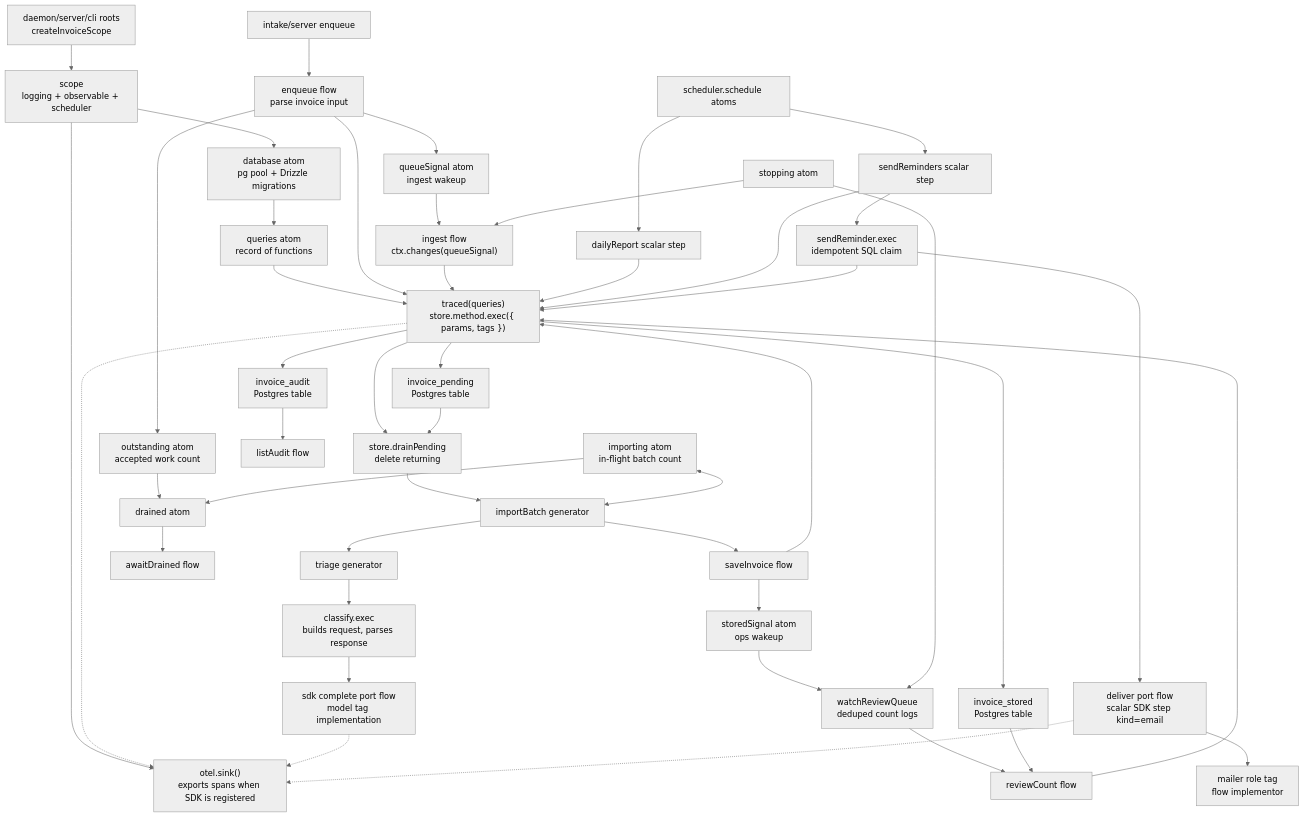
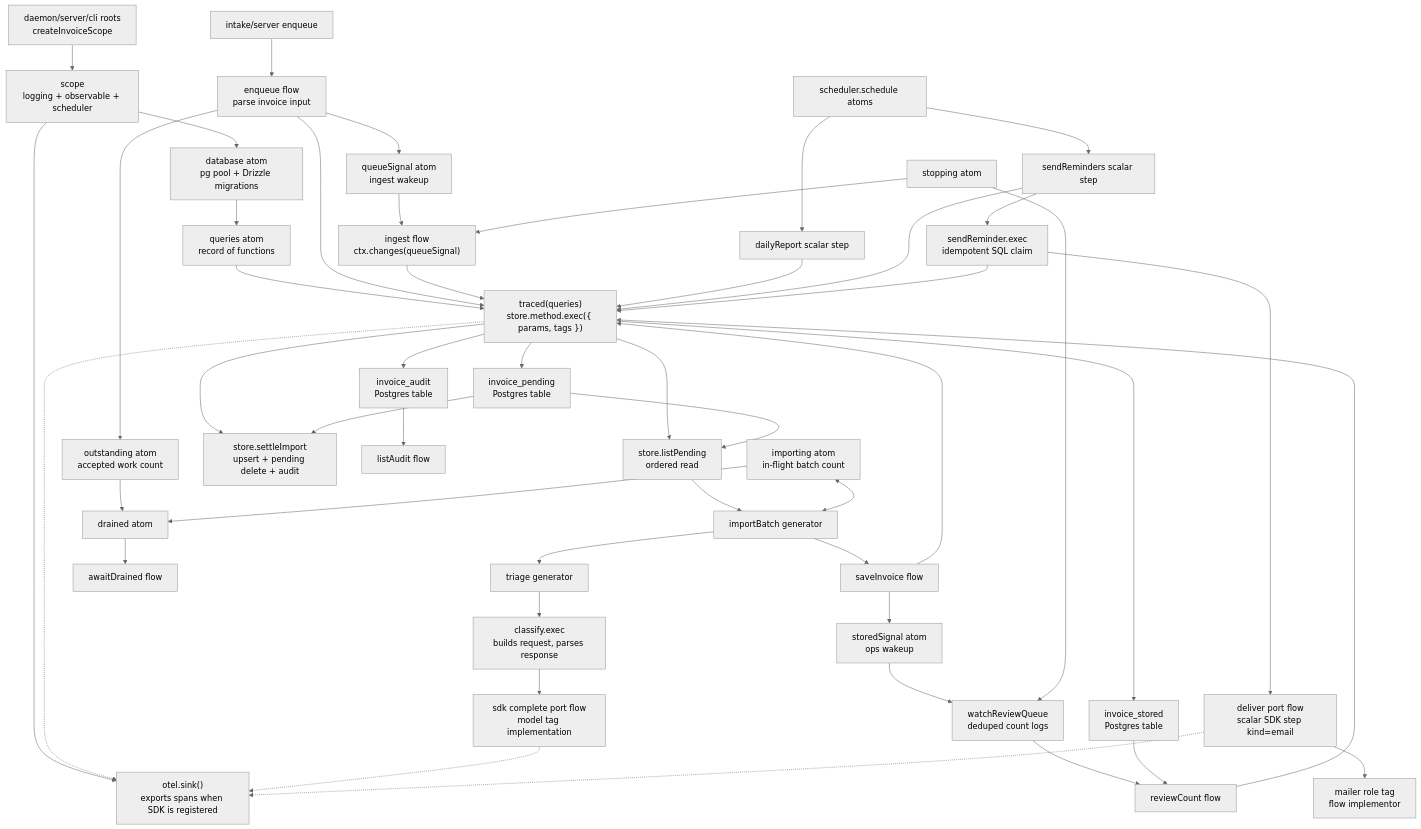
Before and after one commit to pumped-fn/pumped-fn: the diagram in examples/invoice-triage/README.md, drawn with Mermaid (neutral theme). The commit also changed other lines of this file and 8 other files, not shown here.

````diff
--- a/examples/invoice-triage/README.md
+++ b/examples/invoice-triage/README.md
@@ -22,50 +22,52 @@
 ```mermaid
 flowchart TD
   Root["daemon/server/cli roots<br/>createInvoiceScope"] --> Scope["scope<br/>logging + observable + scheduler"]
   Scope --> OTel["otel.sink()<br/>exports spans when SDK is registered"]
   Scope --> DB["database atom<br/>pg pool + Drizzle migrations"]
   DB --> Queries["queries atom<br/>record of functions"]
   Queries --> Store["traced(queries)<br/>store.method.exec({ params, tags })"]
 
   Intake["intake/server enqueue"] --> Producer["enqueue flow<br/>parse invoice input"]
   Producer --> Store
   Store --> Pending["invoice_pending<br/>Postgres table"]
   Store --> Audit["invoice_audit<br/>Postgres table"]
   Producer --> Outstanding["outstanding atom<br/>accepted work count"]
   Producer --> QueueSignal["queueSignal atom<br/>ingest wakeup"]
 
   QueueSignal --> Ingest["ingest flow<br/>ctx.changes(queueSignal)"]
   Stopping["stopping atom"] --> Ingest
   Ingest --> Store
-  Store --> Drain["store.drainPending<br/>delete returning"]
-  Pending --> Drain
-  Drain --> Import["importBatch generator"]
+  Store --> PendingRead["store.listPending<br/>ordered read"]
+  Pending --> PendingRead
+  PendingRead --> Import["importBatch generator"]
   Importing["importing atom<br/>in-flight batch count"] <--> Import
   Import --> Triage["triage generator"]
   Triage --> Classify["classify.exec<br/>builds request, parses response"]
   Classify --> Complete["sdk complete port flow<br/>model tag implementation"]
   Import --> Save["saveInvoice flow"]
   Save --> Store
+  Store --> Settle["store.settleImport<br/>upsert + pending delete + audit"]
+  Pending --> Settle
   Store --> Stored["invoice_stored<br/>Postgres table"]
   Save --> StoredSignal["storedSignal atom<br/>ops wakeup"]
   Outstanding --> Drained["drained atom"]
   Importing --> Drained
   Drained --> Await["awaitDrained flow"]
   StoredSignal --> Ops["watchReviewQueue<br/>deduped count logs"]
   Stopping --> Ops
   Ops --> Review["reviewCount flow"]
   Review --> Store
   Stored --> Review
   Audit --> OpsTrail["listAudit flow"]
   Scheduler["scheduler.schedule atoms"] --> Report["dailyReport scalar step"]
   Scheduler --> Reminders["sendReminders scalar step"]
   Report --> Store
   Reminders --> Store
   Reminders --> SendOne["sendReminder.exec<br/>idempotent SQL claim"]
   SendOne --> Store
   SendOne --> Deliver["deliver port flow<br/>scalar SDK step kind=email"]
   Deliver --> Mailer["mailer role tag<br/>flow implementor"]
   Store -.-> OTel
   Complete -.-> OTel
   Deliver -.-> OTel
 ```
````
